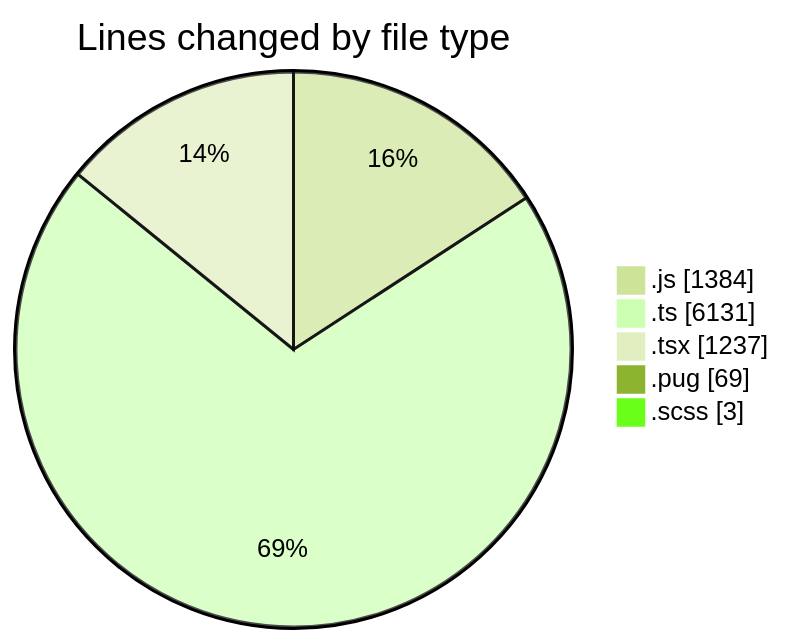
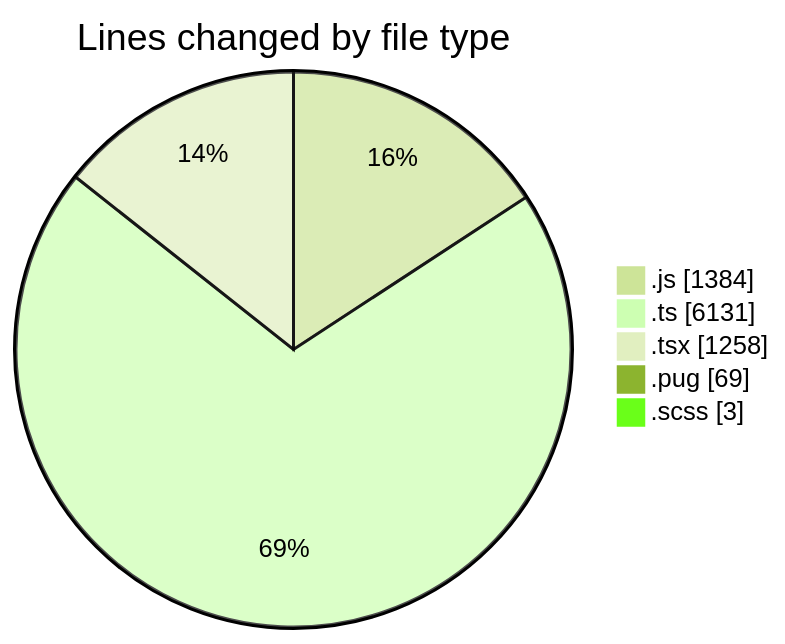
Before and after one commit to momahboobian/code-tracking: the first of 2 diagrams in 2025-03-25/cda/README.md, drawn with Mermaid (forest theme). The commit also changed other lines of this file and 1 other file, not shown here.

````diff
--- a/2025-03-25/cda/README.md
+++ b/2025-03-25/cda/README.md
@@ -37,9 +37,9 @@
 ```mermaid
 pie showData
 title Lines changed by file type
 ".js" : 1384
 ".ts" : 6131
-".tsx" : 1237
+".tsx" : 1258
 ".pug" : 69
 ".scss" : 3
 ```
````
